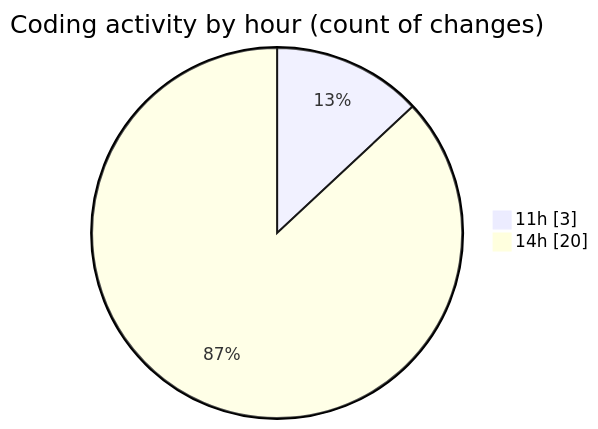
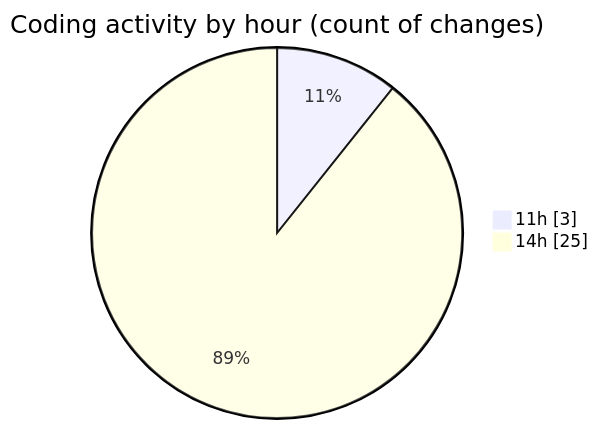
Before and after one commit to charlie-sans/code-tracking: the second of 2 diagrams in 2025-04-30/masm-lsp/README.md, drawn with Mermaid. The commit also changed other lines of this file and 1 other file, not shown here.

````diff
--- a/2025-04-30/masm-lsp/README.md
+++ b/2025-04-30/masm-lsp/README.md
@@ -31,6 +31,6 @@
 ```mermaid
 pie showData
 title Coding activity by hour (count of changes)
 "11h" : 3
-"14h" : 20
+"14h" : 25
 ```
````
